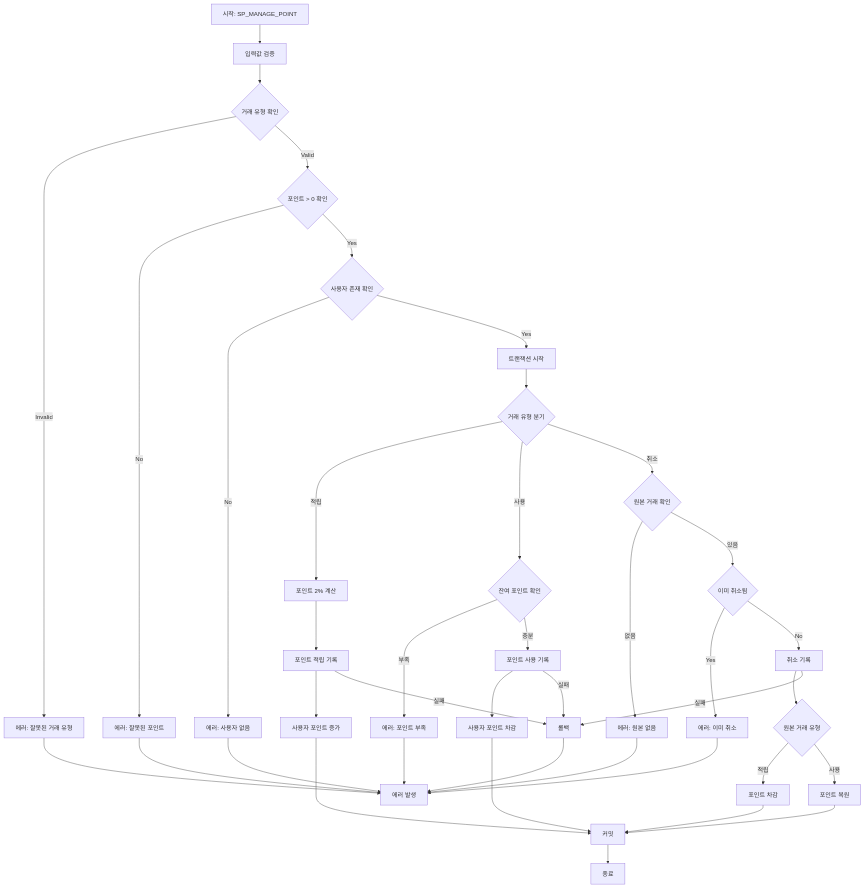
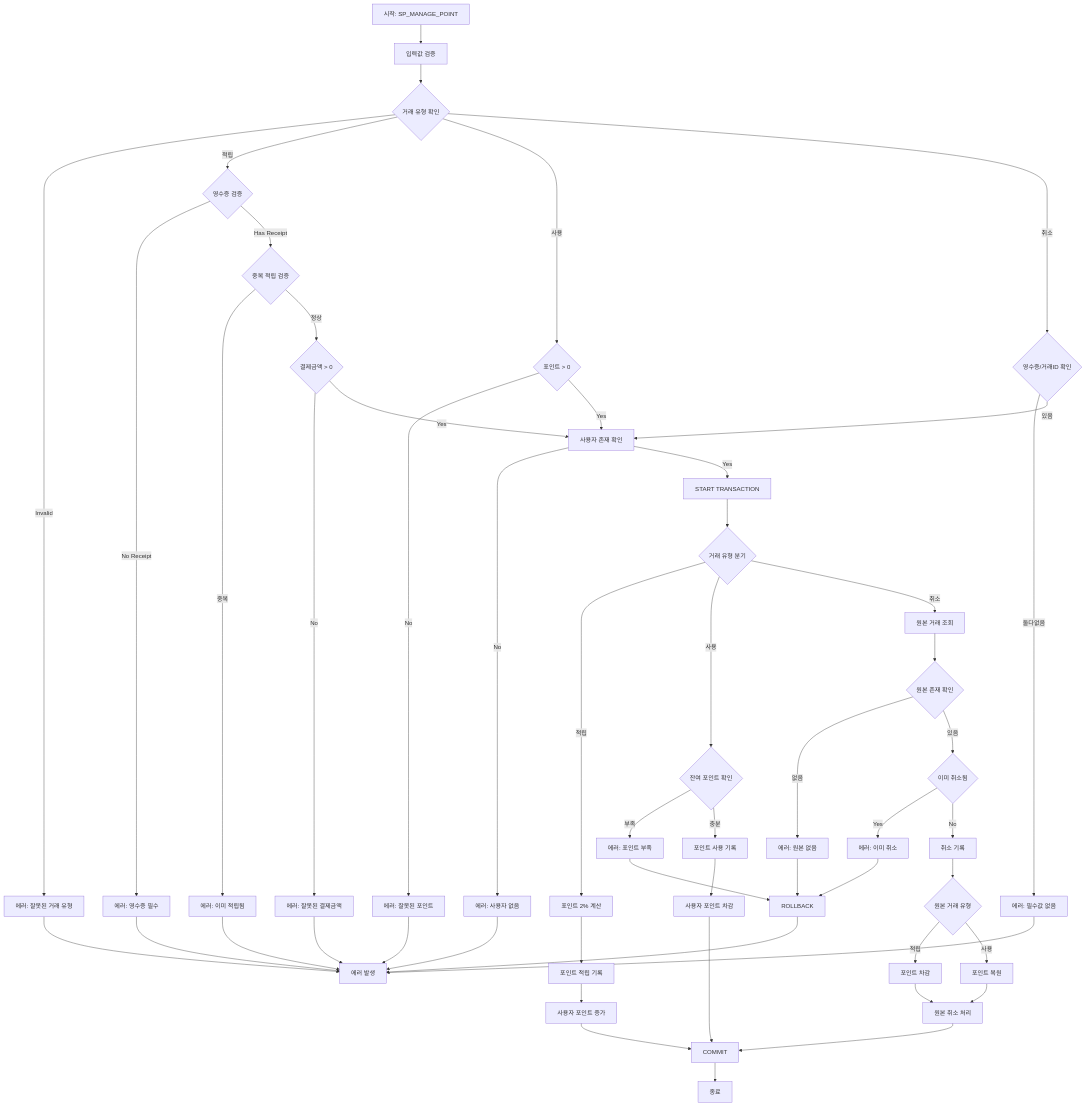
Before and after one commit to DBDIBABIDIBU/be15-1st-DBDIBABDBU-mobile_receipt: the diagram in src/mobile-receipt/point/diagram_point_manage.md, drawn with Mermaid. The commit also changed 1 other file, not shown here.

Commit message:
refactor: 포인트 관리 테스트 케이스 변경사항 문서 적용

````diff
--- a/src/mobile-receipt/point/diagram_point_manage.md
+++ b/src/mobile-receipt/point/diagram_point_manage.md
@@ -1,55 +1,73 @@
 ```mermaid
 flowchart TD
     A[시작: SP_MANAGE_POINT] --> B[입력값 검증]
     B --> C{거래 유형 확인}
     C -->|Invalid| D[에러: 잘못된 거래 유형]
-    C -->|Valid| E{포인트 > 0 확인}
 
-    E -->|No| F[에러: 잘못된 포인트]
-    E -->|Yes| G{사용자 존재 확인}
+    C -->|적립| E1{영수증 검증}
+    E1 -->|No Receipt| E2[에러: 영수증 필수]
+    E1 -->|Has Receipt| E3{중복 적립 검증}
+    E3 -->|중복| E4[에러: 이미 적립됨]
+    E3 -->|정상| E5{결제금액 > 0}
+    E5 -->|No| E6[에러: 잘못된 결제금액]
 
-    G -->|No| H[에러: 사용자 없음]
-    G -->|Yes| I[트랜잭션 시작]
+    C -->|사용| F1{포인트 > 0}
+    F1 -->|No| F2[에러: 잘못된 포인트]
 
-    I --> J{거래 유형 분기}
+    C -->|취소| G1{영수증/거래ID 확인}
+    G1 -->|둘다없음| G2[에러: 필수값 없음]
+
+    %% 공통 검증
+    E5 -->|Yes| H[사용자 존재 확인]
+    F1 -->|Yes| H
+    G1 -->|있음| H
+    H -->|No| I[에러: 사용자 없음]
+
+    H -->|Yes| J[START TRANSACTION]
+
+    %% 트랜잭션 시작
+    J --> K{거래 유형 분기}
 
     %% 적립 로직
-    J -->|적립| K[포인트 2% 계산]
-    K --> L[포인트 적립 기록]
-    L --> M[사용자 포인트 증가]
+    K -->|적립| L1[포인트 2% 계산]
+    L1 --> L2[포인트 적립 기록]
+    L2 --> L3[사용자 포인트 증가]
 
     %% 사용 로직
-    J -->|사용| N{잔여 포인트 확인}
-    N -->|부족| O[에러: 포인트 부족]
-    N -->|충분| P[포인트 사용 기록]
-    P --> Q[사용자 포인트 차감]
+    K -->|사용| M1{잔여 포인트 확인}
+    M1 -->|부족| M2[에러: 포인트 부족]
+    M1 -->|충분| M3[포인트 사용 기록]
+    M3 --> M4[사용자 포인트 차감]
 
     %% 취소 로직
-    J -->|취소| R{원본 거래 확인}
-    R -->|없음| S[에러: 원본 없음]
-    R -->|있음| T{이미 취소됨}
-    T -->|Yes| U[에러: 이미 취소]
-    T -->|No| V[취소 기록]
-    V --> W{원본 거래 유형}
-    W -->|적립| X[포인트 차감]
-    W -->|사용| Y[포인트 복원]
+    K -->|취소| N1[원본 거래 조회]
+    N1 --> N2{원본 존재 확인}
+    N2 -->|없음| N3[에러: 원본 없음]
+    N2 -->|있음| N4{이미 취소됨}
+    N4 -->|Yes| N5[에러: 이미 취소]
+    N4 -->|No| N6[취소 기록]
+    N6 --> N7{원본 거래 유형}
+    N7 -->|적립| N8[포인트 차감]
+    N7 -->|사용| N9[포인트 복원]
+    N8 --> N10[원본 취소 처리]
+    N9 --> N10
 
     %% 트랜잭션 종료
-    M --> Z[커밋]
-    Q --> Z
-    X --> Z
-    Y --> Z
-    Z --> AA[종료]
+    L3 --> O[COMMIT]
+    M4 --> O
+    N10 --> O
+    O --> P[종료]
 
     %% 에러 처리
-    D --> BB[에러 발생]
-    F --> BB
-    H --> BB
-    O --> BB
-    S --> BB
-    U --> BB
-    L -->|실패| CC[롤백]
-    P -->|실패| CC
-    V -->|실패| CC
-    CC --> BB
+    D --> Q[에러 발생]
+    E2 --> Q
+    E4 --> Q
+    E6 --> Q
+    F2 --> Q
+    G2 --> Q
+    I --> Q
+    M2 --> R[ROLLBACK]
+    N3 --> R
+    N5 --> R
+    R --> Q
 ```
````
